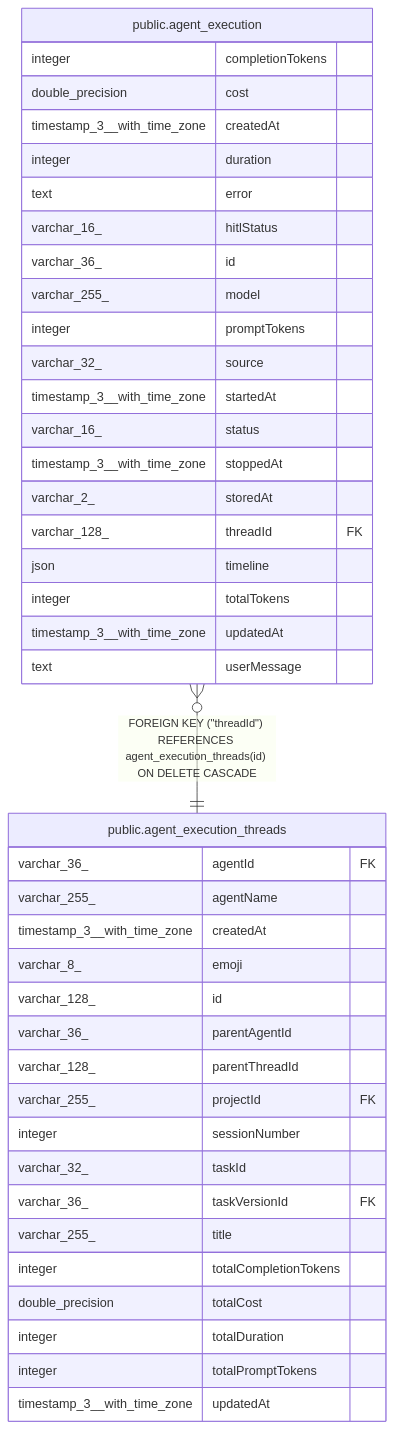
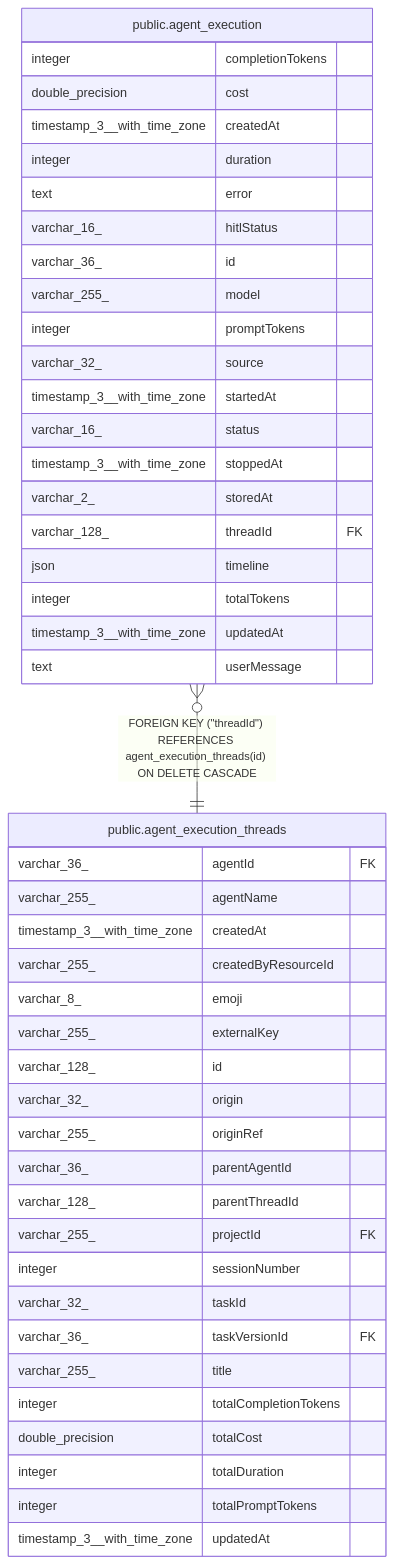
Before and after one commit to mayankjain1815-commits/n8n: the diagram in docs/generated/postgres-schema/public.agent_execution.md, drawn with Mermaid. The commit also changed 32 other files, not shown here.

````diff
--- a/docs/generated/postgres-schema/public.agent_execution.md
+++ b/docs/generated/postgres-schema/public.agent_execution.md
@@ -53,46 +53,50 @@
 ```mermaid
 erDiagram
 
 "public.agent_execution" }o--|| "public.agent_execution_threads" : "FOREIGN KEY (#quot;threadId#quot;) REFERENCES agent_execution_threads(id) ON DELETE CASCADE"
 
 "public.agent_execution" {
   integer completionTokens
   double_precision cost
   timestamp_3__with_time_zone createdAt
   integer duration
   text error
   varchar_16_ hitlStatus
   varchar_36_ id
   varchar_255_ model
   integer promptTokens
   varchar_32_ source
   timestamp_3__with_time_zone startedAt
   varchar_16_ status
   timestamp_3__with_time_zone stoppedAt
   varchar_2_ storedAt
   varchar_128_ threadId FK
   json timeline
   integer totalTokens
   timestamp_3__with_time_zone updatedAt
   text userMessage
 }
 "public.agent_execution_threads" {
   varchar_36_ agentId FK
   varchar_255_ agentName
   timestamp_3__with_time_zone createdAt
+  varchar_255_ createdByResourceId
   varchar_8_ emoji
+  varchar_255_ externalKey
   varchar_128_ id
+  varchar_32_ origin
+  varchar_255_ originRef
   varchar_36_ parentAgentId
   varchar_128_ parentThreadId
   varchar_255_ projectId FK
   integer sessionNumber
   varchar_32_ taskId
   varchar_36_ taskVersionId FK
   varchar_255_ title
   integer totalCompletionTokens
   double_precision totalCost
   integer totalDuration
   integer totalPromptTokens
   timestamp_3__with_time_zone updatedAt
 }
 ```
````
